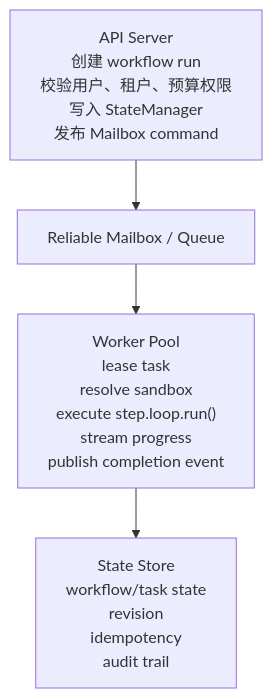
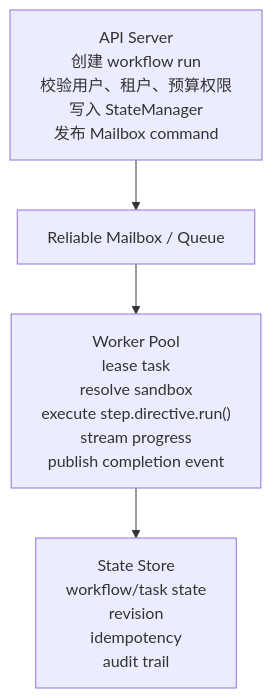
Before and after one commit to pqpo/pragma: diagram 17 of 18 in docs/architecture/agent-core-architecture.md, drawn with Mermaid. The commit also changed other lines of this file and 58 other files, not shown here.

````diff
--- a/docs/architecture/agent-core-architecture.md
+++ b/docs/architecture/agent-core-architecture.md
@@ -466,9 +466,9 @@
 ```mermaid
 flowchart TB
   api["API Server<br/>创建 workflow run<br/>校验用户、租户、预算权限<br/>写入 StateManager<br/>发布 Mailbox command"]
   mailbox["Reliable Mailbox / Queue"]
-  worker["Worker Pool<br/>lease task<br/>resolve sandbox<br/>execute step.loop.run()<br/>stream progress<br/>publish completion event"]
+  worker["Worker Pool<br/>lease task<br/>resolve sandbox<br/>execute step.directive.run()<br/>stream progress<br/>publish completion event"]
   state["State Store<br/>workflow/task state<br/>revision<br/>idempotency<br/>audit trail"]
 
   api --> mailbox --> worker --> state
 ```
````
